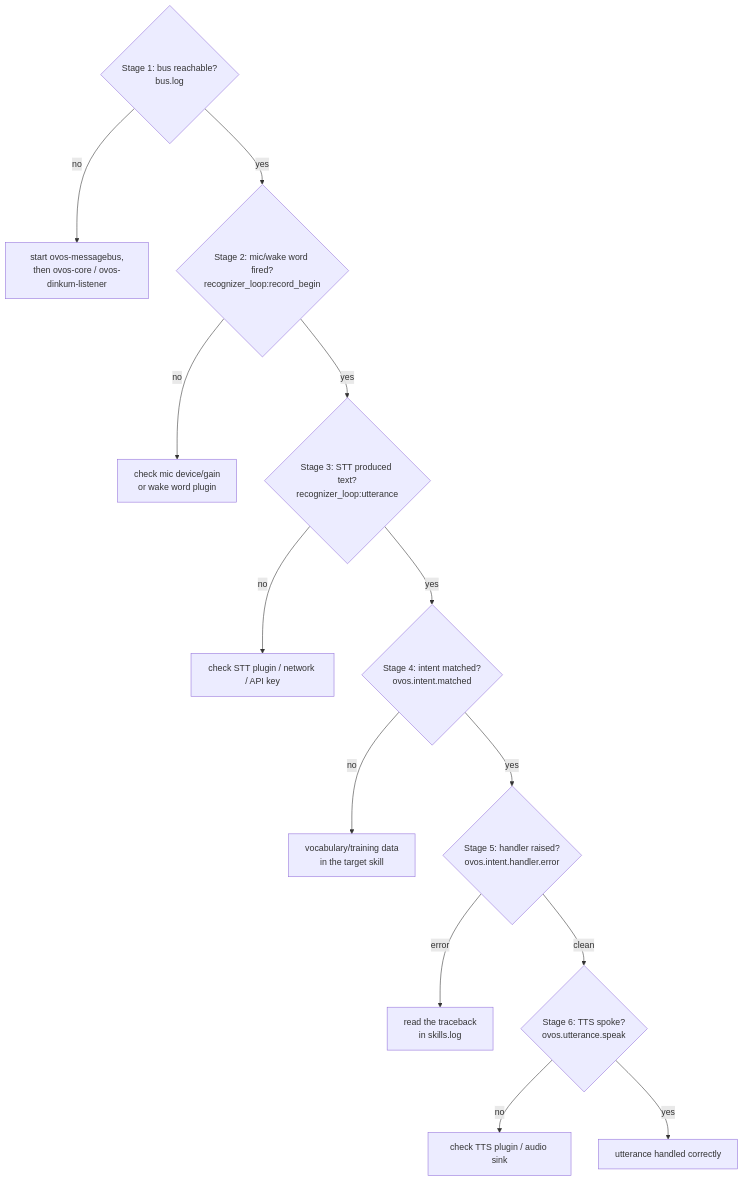
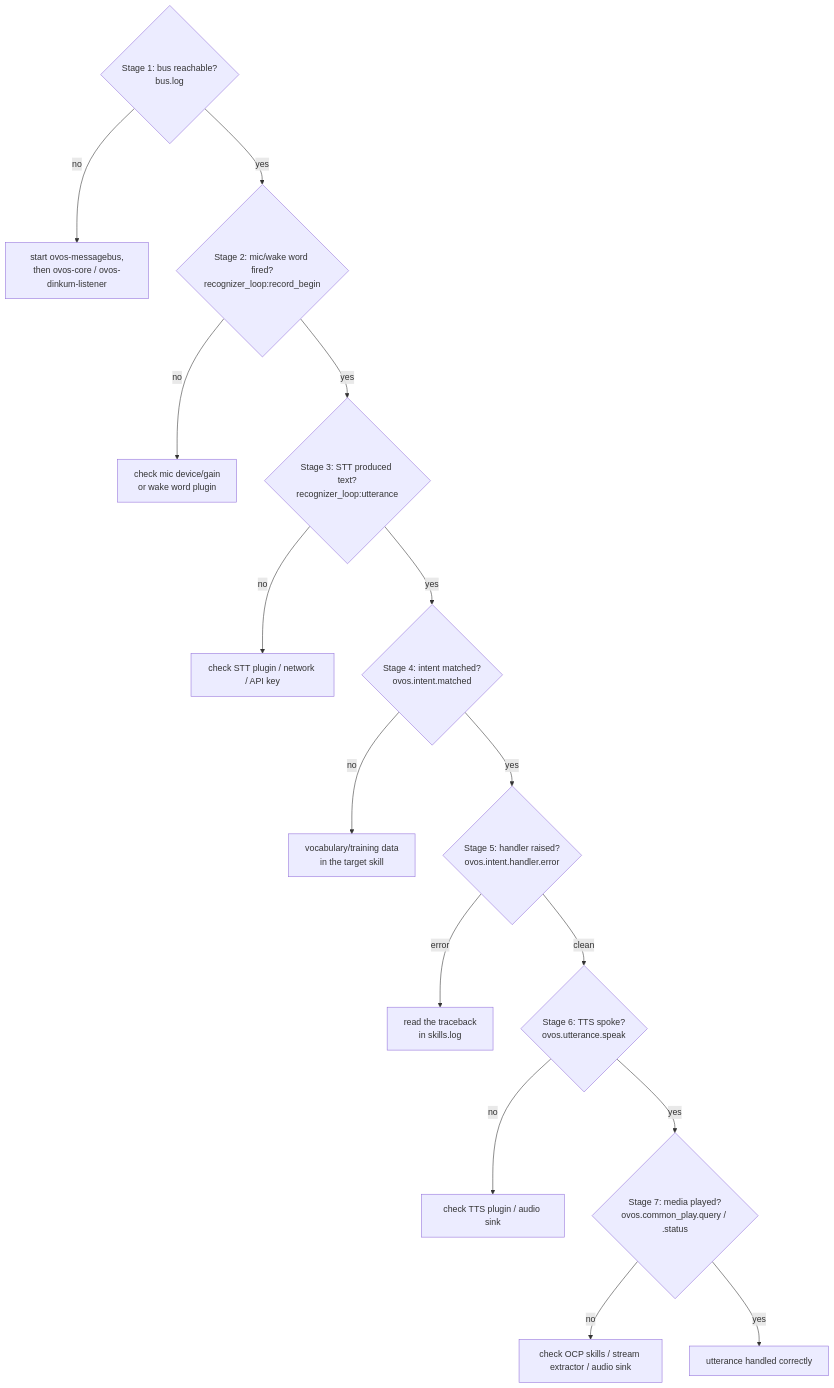
The diagram in docs/troubleshooting.md (OpenVoiceOS/beta-technical-manual), drawn with Mermaid before and after one commit. The commit also changed other lines of this file and 15 other files, not shown here.

````diff
--- a/docs/troubleshooting.md
+++ b/docs/troubleshooting.md
@@ -21,16 +21,18 @@
 ```mermaid
 flowchart TD
     S1{"Stage 1: bus reachable?\nbus.log"}
     S1 -- no --> F1["start ovos-messagebus,\nthen ovos-core / ovos-dinkum-listener"]
     S1 -- yes --> S2{"Stage 2: mic/wake word fired?\nrecognizer_loop:record_begin"}
     S2 -- no --> F2["check mic device/gain\nor wake word plugin"]
     S2 -- yes --> S3{"Stage 3: STT produced text?\nrecognizer_loop:utterance"}
     S3 -- no --> F3["check STT plugin / network / API key"]
     S3 -- yes --> S4{"Stage 4: intent matched?\novos.intent.matched"}
     S4 -- no --> F4["vocabulary/training data\nin the target skill"]
     S4 -- yes --> S5{"Stage 5: handler raised?\novos.intent.handler.error"}
     S5 -- error --> F5["read the traceback\nin skills.log"]
     S5 -- clean --> S6{"Stage 6: TTS spoke?\novos.utterance.speak"}
     S6 -- no --> F6["check TTS plugin / audio sink"]
-    S6 -- yes --> Done["utterance handled correctly"]
+    S6 -- yes --> S7{"Stage 7: media played?\novos.common_play.query / .status"}
+    S7 -- no --> F7["check OCP skills / stream extractor / audio sink"]
+    S7 -- yes --> Done["utterance handled correctly"]
 ```
````
